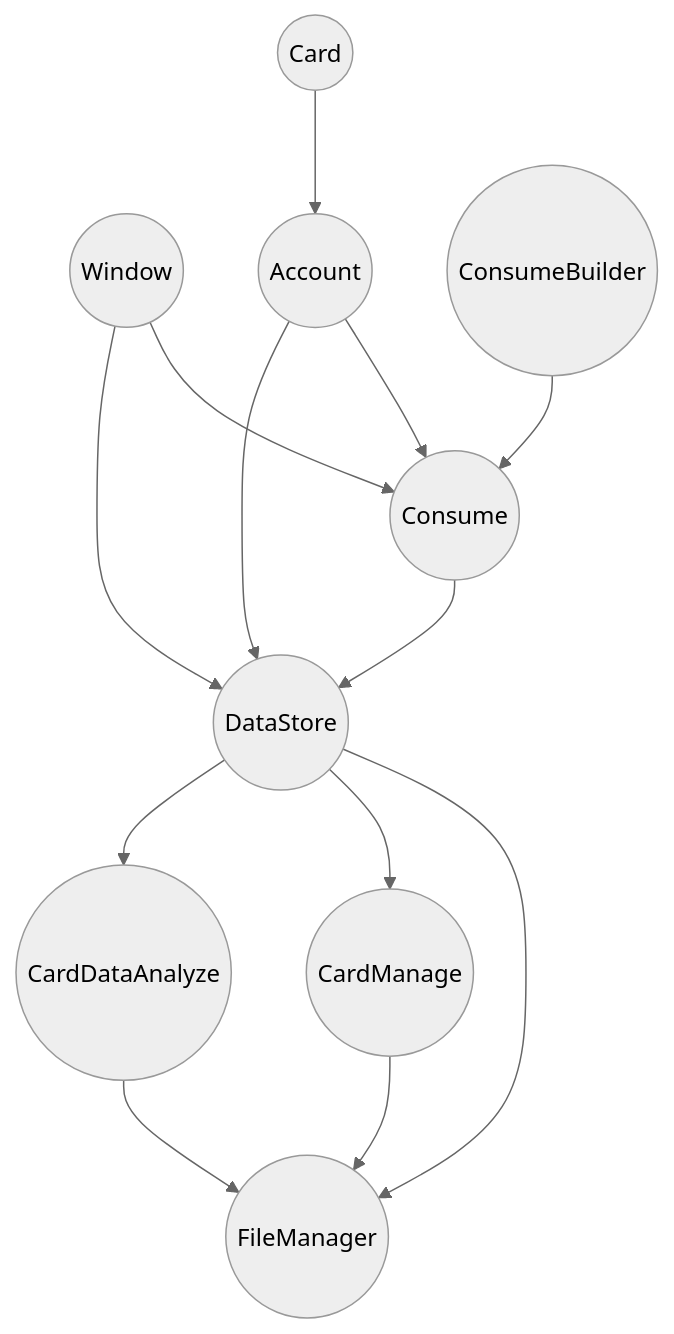
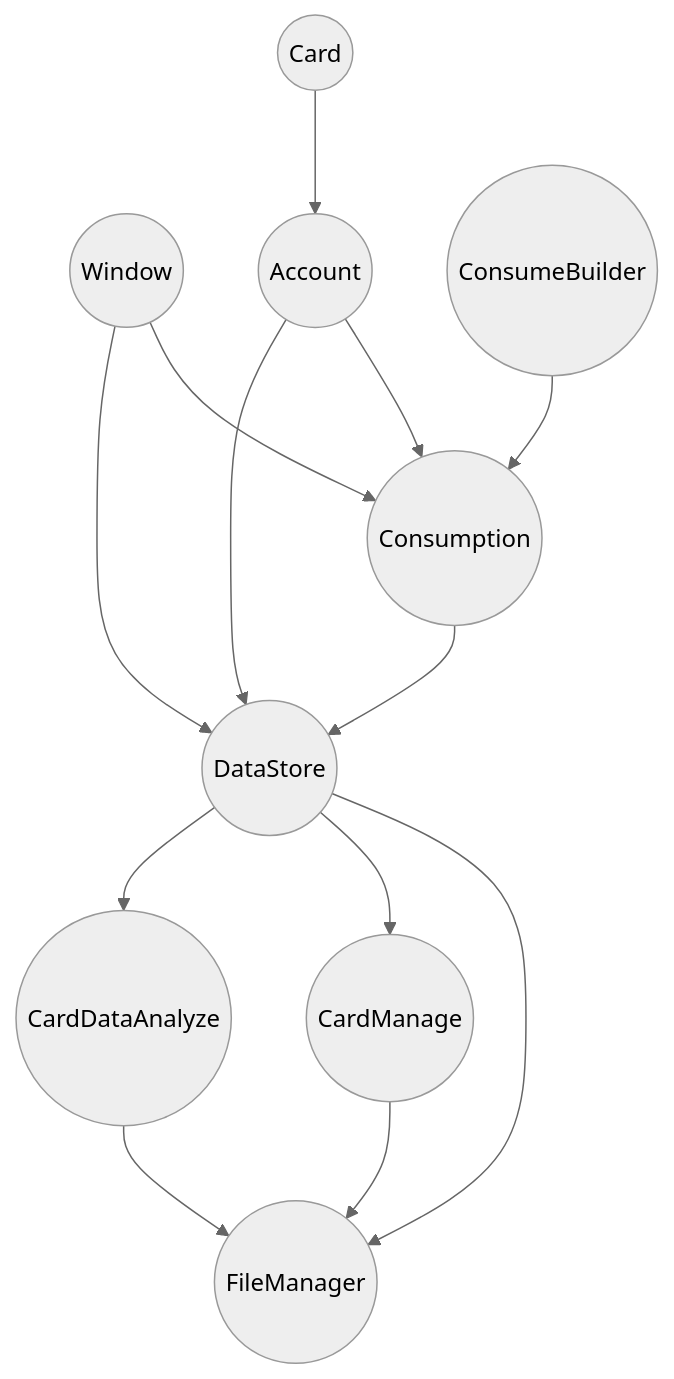
Before and after one commit to xhzq233/CampusCardBackEnd: the diagram in README.md, drawn with Mermaid (neutral theme). The commit also changed 7 other files, not shown here.

Commit message:
refactor: Consume -> Consumption

````diff
--- a/README.md
+++ b/README.md
@@ -17,27 +17,27 @@
 ```mermaid
 graph TB
 
 A((FileManager))
 B((Window))
 C((Card))
 D((Account))
-E((Consume))
+E((Consumption))
 F((ConsumeBuilder))
 G((DataStore))
 H((CardManage))
 I((CardDataAnalyze))
 
 G-->A
 H-->A
 I-->A
 B-->E
 D-->E
 E-->G
 F-->E
 B-->G
 C-->D
 D-->G
 G-->H
 G-->I
 
 ```
````
